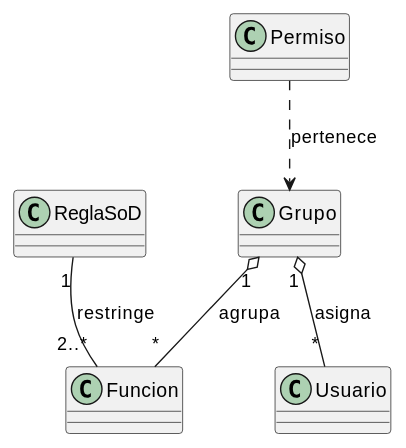
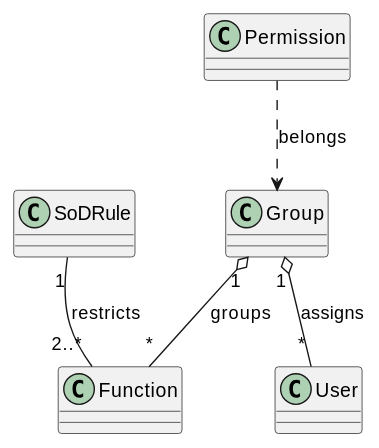
One commit to jcg-admin/IACT-docs changed the diagram in source/requisitos/_metodologia-aplicacion/analisis-dominio/el-equivalente-iact-rbac-y-agregaciones-canonicas.rst. Above: the diagram before and after it, drawn with PlantUML. The commit also changed 21 other files, not shown here.

```diff
--- a/source/requisitos/_metodologia-aplicacion/analisis-dominio/el-equivalente-iact-rbac-y-agregaciones-canonicas.rst
+++ b/source/requisitos/_metodologia-aplicacion/analisis-dominio/el-equivalente-iact-rbac-y-agregaciones-canonicas.rst
@@ -8,14 +8,14 @@
 .. uml::
 
    @startuml
-   class Grupo
-   class Funcion
-   class Usuario
-   class Permiso
-   class ReglaSoD
+   class Group
+   class Function
+   class User
+   class Permission
+   class SoDRule
 
-   Grupo "1" o-- "*" Funcion : agrupa
-   Grupo "1" o-- "*" Usuario : asigna
-   ReglaSoD "1" -- "2..*" Funcion : restringe
-   Permiso ..> Grupo : pertenece
+   Group "1" o-- "*" Function : groups
+   Group "1" o-- "*" User : assigns
+   SoDRule "1" -- "2..*" Function : restricts
+   Permission ..> Group : belongs
    @enduml
```
